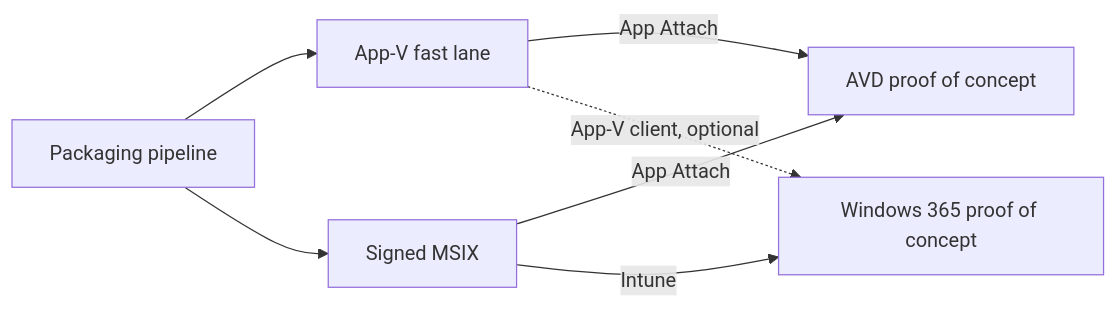
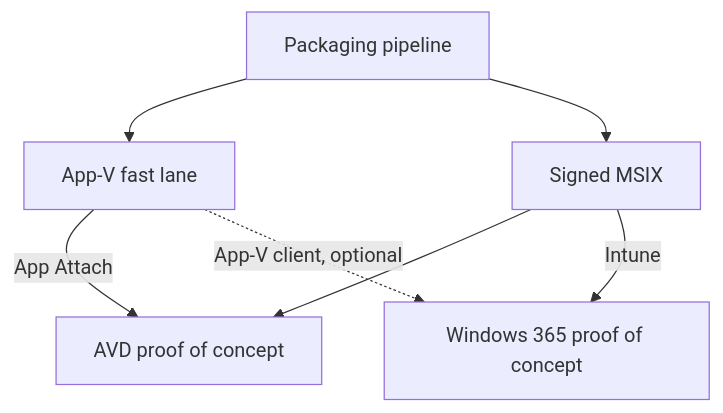
Before and after one commit to marckean/AVD-Reference_Architecture: the second of 2 diagrams in docs/app-attach/avd-and-windows-365.md, drawn with Mermaid.

Commit message:
Stack the proof of concept flow so its labels don't collide

````diff
--- a/docs/app-attach/avd-and-windows-365.md
+++ b/docs/app-attach/avd-and-windows-365.md
@@ -67,9 +67,9 @@
 ```mermaid
-flowchart LR
+flowchart TB
     A["Packaging pipeline"] --> B["App-V fast lane"]
     A --> C["Signed MSIX"]
     B -->|"App Attach"| D["AVD proof of concept"]
-    C -->|"App Attach"| D
+    C --> D
     C -->|"Intune"| E["Windows 365 proof of concept"]
     B -.->|"App-V client, optional"| E
 ```
````
